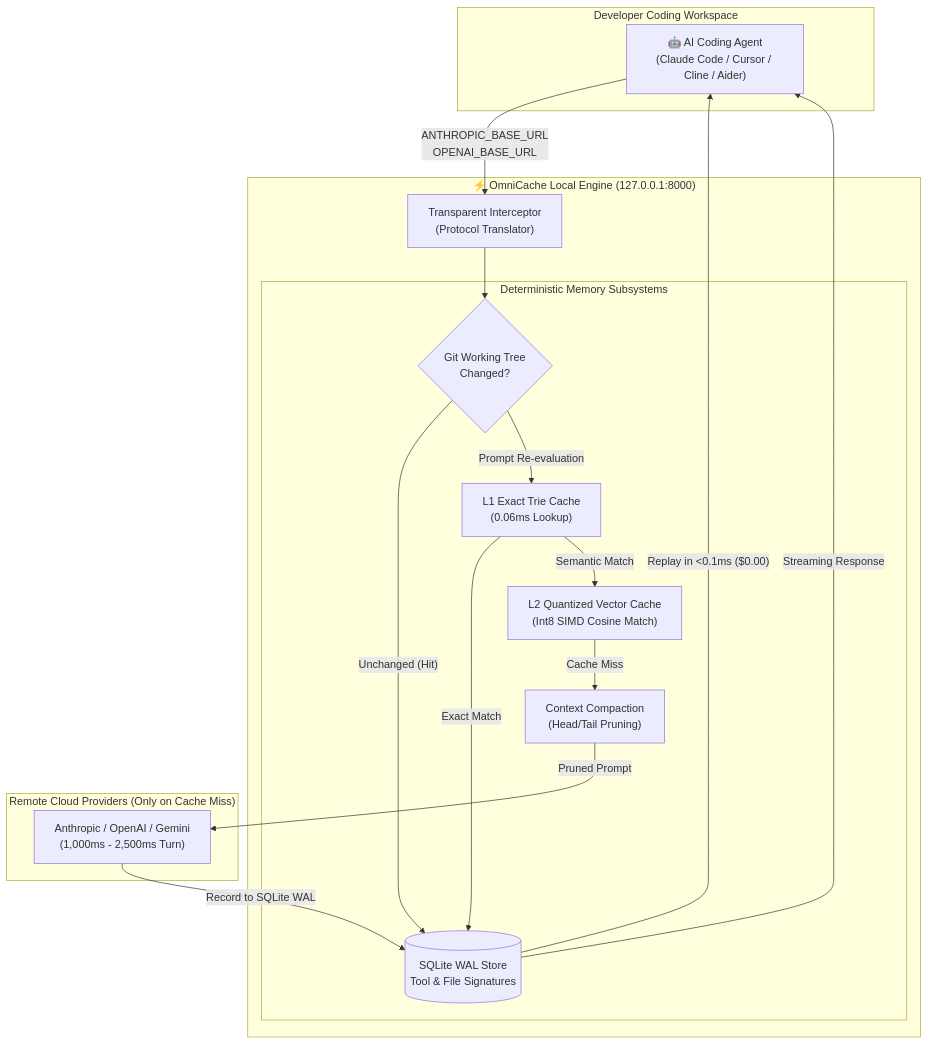
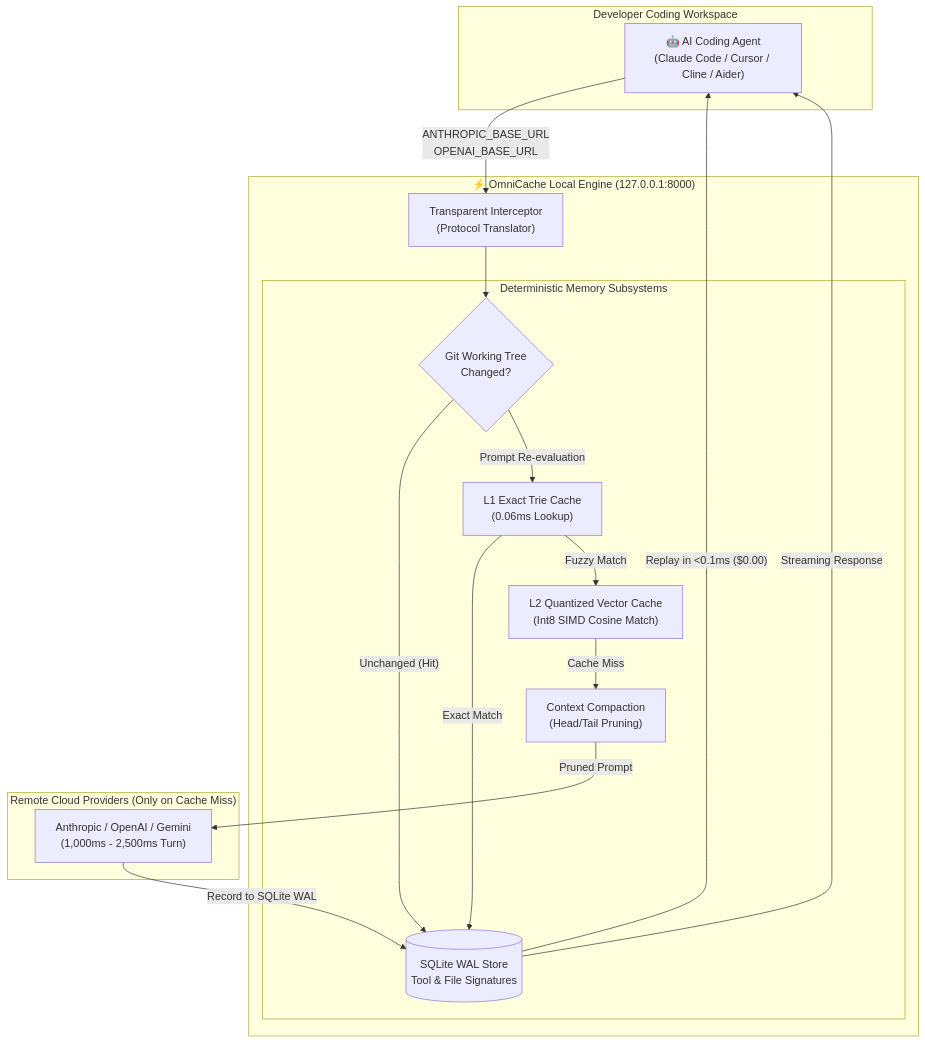
The diagram in README.md (13manmayarai-hash/omnicache-proxy), drawn with Mermaid before and after one commit. The commit also changed other lines of this file and 5 other files, not shown here.

````diff
--- a/README.md
+++ b/README.md
@@ -75,35 +75,35 @@
 ```mermaid
 flowchart TD
     subgraph Client["Developer Coding Workspace"]
         Agent["🤖 AI Coding Agent<br/>(Claude Code / Cursor / Cline / Aider)"]
     end
 
     subgraph Sidecar["⚡ OmniCache Local Engine (127.0.0.1:8000)"]
         Router["Transparent Interceptor<br/>(Protocol Translator)"]
         
         subgraph MemoryFabric["Deterministic Memory Subsystems"]
             GitCheck{"Git Working Tree<br/>Changed?"}
             L1["L1 Exact Trie Cache<br/>(0.06ms Lookup)"]
             L2["L2 Quantized Vector Cache<br/>(Int8 SIMD Cosine Match)"]
             ToolStore[("SQLite WAL Store<br/>Tool & File Signatures")]
             Compactor["Context Compaction<br/>(Head/Tail Pruning)"]
         end
     end
 
     subgraph Cloud["Remote Cloud Providers (Only on Cache Miss)"]
         Upstream["Anthropic / OpenAI / Gemini<br/>(1,000ms - 2,500ms Turn)"]
     end
 
     Agent -->|"ANTHROPIC_BASE_URL<br/>OPENAI_BASE_URL"| Router
     Router --> GitCheck
     GitCheck -->|"Unchanged (Hit)"| ToolStore
     GitCheck -->|"Prompt Re-evaluation"| L1
     L1 -->|"Exact Match"| ToolStore
-    L1 -->|"Semantic Match"| L2
+    L1 -->|"Fuzzy Match"| L2
     ToolStore -->|"Replay in <0.1ms ($0.00)"| Agent
     
     L2 -->|"Cache Miss"| Compactor
     Compactor -->|"Pruned Prompt"| Upstream
     Upstream -->|"Record to SQLite WAL"| ToolStore
     ToolStore -->|"Streaming Response"| Agent
 ```
````
